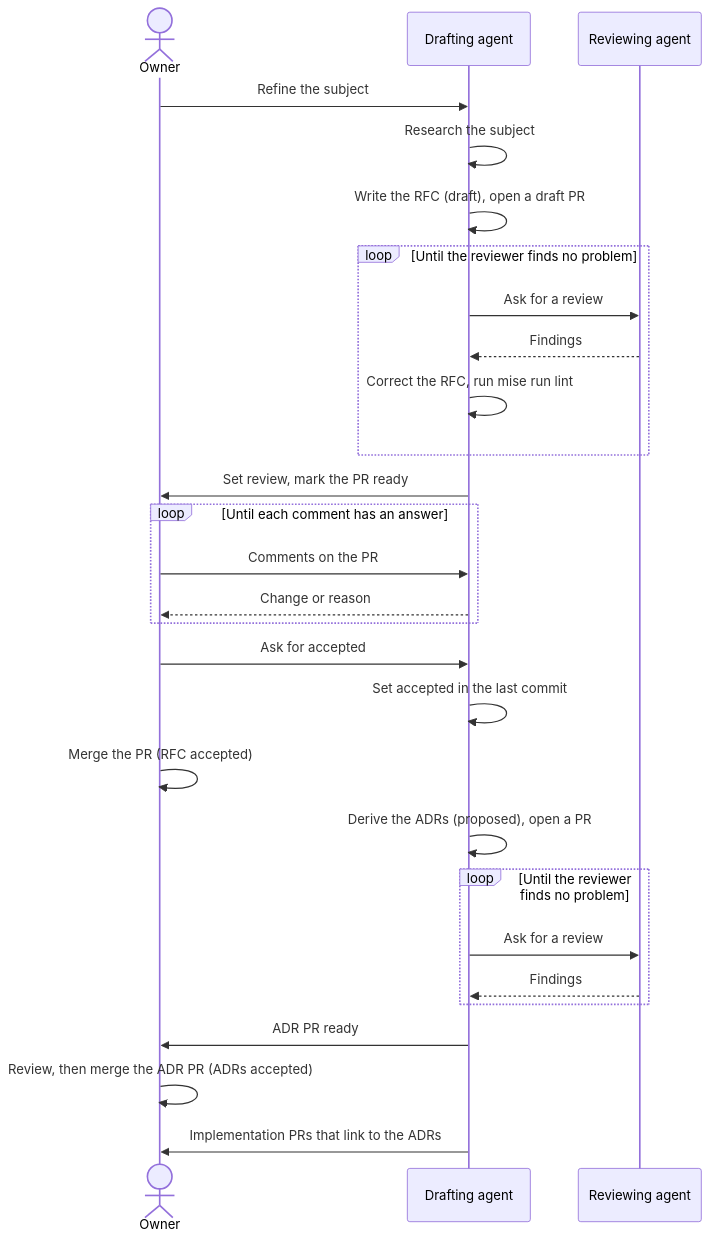
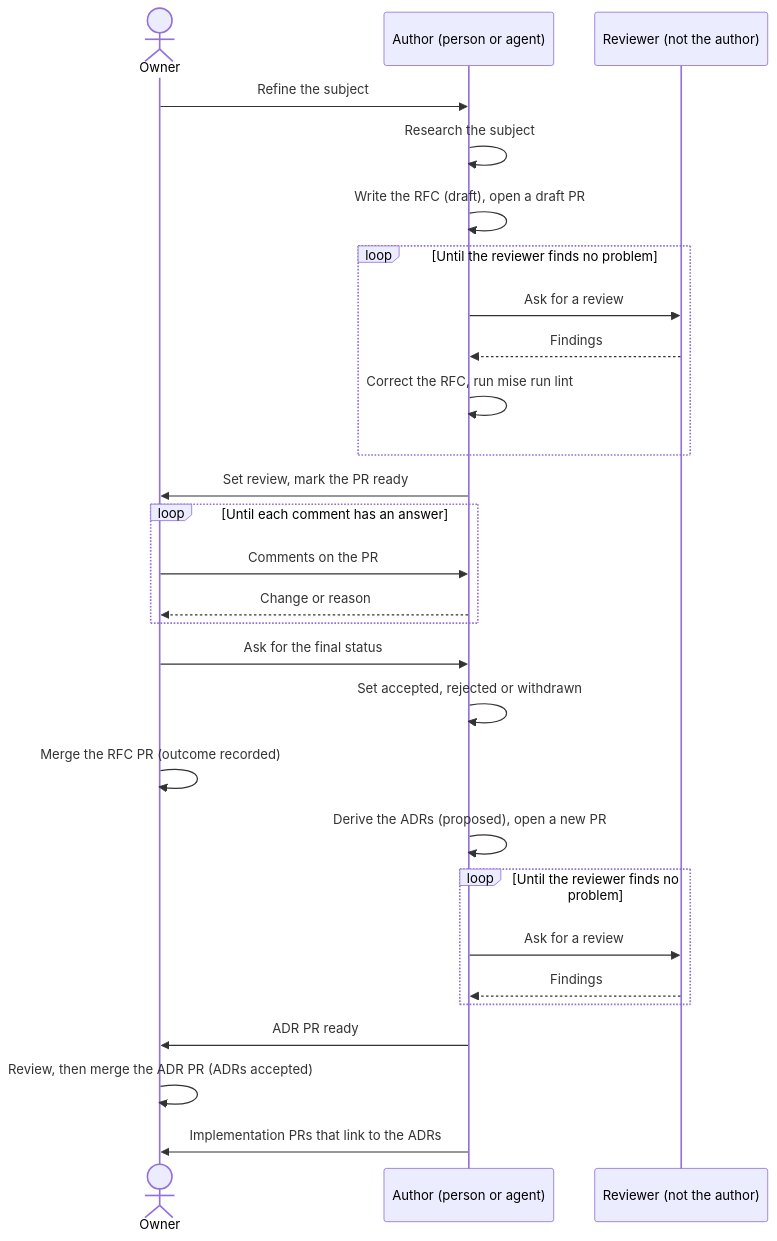
Before and after one commit to gsuquet/homelab: the first of 3 diagrams in docs/records/rfcs/0001-records-process.md, drawn with Mermaid. The commit also changed other lines of this file and 4 other files, not shown here.

First line of the commit message:
docs(records): apply the owner answers to RFC 0001

````diff
--- a/docs/records/rfcs/0001-records-process.md
+++ b/docs/records/rfcs/0001-records-process.md
@@ -57,30 +61,30 @@
 ```mermaid
 sequenceDiagram
     actor Owner
-    participant Drafter as Drafting agent
-    participant Reviewer as Reviewing agent
-    Owner->>Drafter: Refine the subject
-    Drafter->>Drafter: Research the subject
-    Drafter->>Drafter: Write the RFC (draft), open a draft PR
+    participant Author as Author (person or agent)
+    participant Reviewer as Reviewer (not the author)
+    Owner->>Author: Refine the subject
+    Author->>Author: Research the subject
+    Author->>Author: Write the RFC (draft), open a draft PR
     loop Until the reviewer finds no problem
-        Drafter->>Reviewer: Ask for a review
-        Reviewer-->>Drafter: Findings
-        Drafter->>Drafter: Correct the RFC, run mise run lint
+        Author->>Reviewer: Ask for a review
+        Reviewer-->>Author: Findings
+        Author->>Author: Correct the RFC, run mise run lint
     end
-    Drafter->>Owner: Set review, mark the PR ready
+    Author->>Owner: Set review, mark the PR ready
     loop Until each comment has an answer
-        Owner->>Drafter: Comments on the PR
-        Drafter-->>Owner: Change or reason
+        Owner->>Author: Comments on the PR
+        Author-->>Owner: Change or reason
     end
-    Owner->>Drafter: Ask for accepted
-    Drafter->>Drafter: Set accepted in the last commit
-    Owner->>Owner: Merge the PR (RFC accepted)
-    Drafter->>Drafter: Derive the ADRs (proposed), open a PR
+    Owner->>Author: Ask for the final status
+    Author->>Author: Set accepted, rejected or withdrawn
+    Owner->>Owner: Merge the RFC PR (outcome recorded)
+    Author->>Author: Derive the ADRs (proposed), open a new PR
     loop Until the reviewer finds no problem
-        Drafter->>Reviewer: Ask for a review
-        Reviewer-->>Drafter: Findings
+        Author->>Reviewer: Ask for a review
+        Reviewer-->>Author: Findings
     end
-    Drafter->>Owner: ADR PR ready
+    Author->>Owner: ADR PR ready
     Owner->>Owner: Review, then merge the ADR PR (ADRs accepted)
-    Drafter->>Owner: Implementation PRs that link to the ADRs
+    Author->>Owner: Implementation PRs that link to the ADRs
 ```
````
